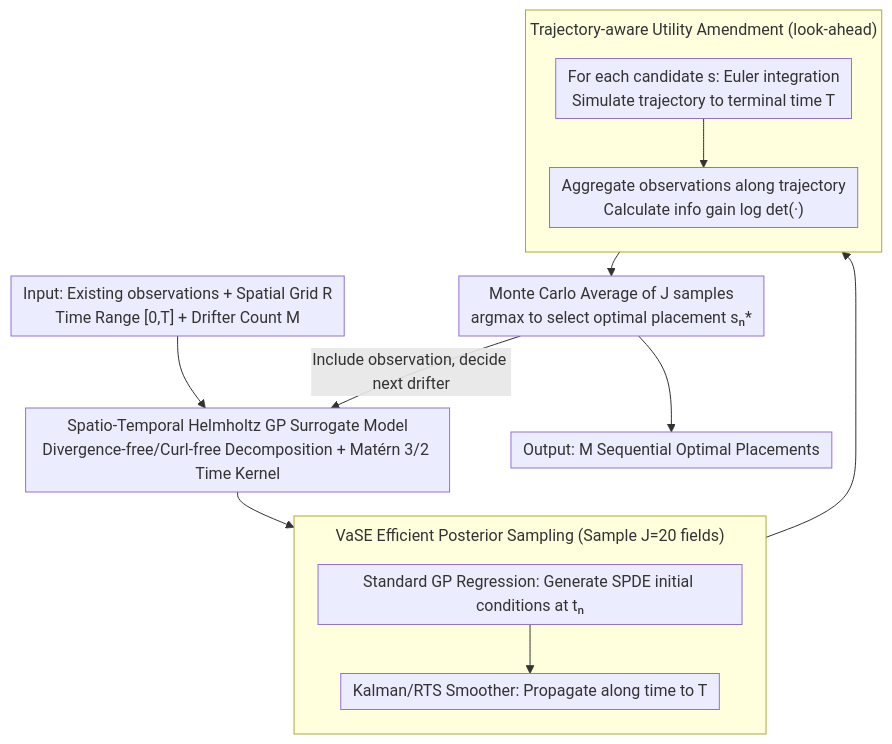
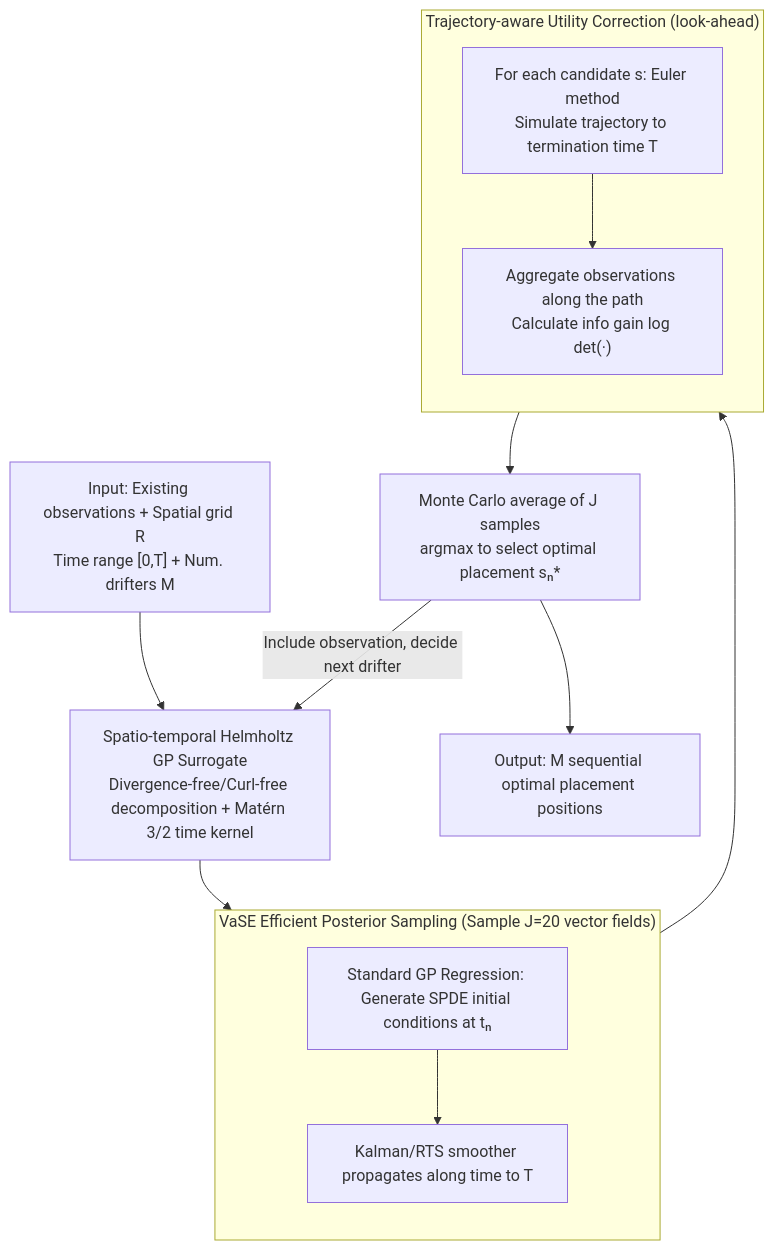
The diagram in docs/ICML2026/physics/ballast_bayesian_active_learning_with_look-ahead_amendment_for_sea-drifter_traje.md (zhaoyang97/Paper-Notes-en), drawn with Mermaid before and after one commit. The commit also changed other lines of this file and 5084 other files, not shown here.

````diff
--- a/docs/ICML2026/physics/ballast_bayesian_active_learning_with_look-ahead_amendment_for_sea-drifter_traje.md
+++ b/docs/ICML2026/physics/ballast_bayesian_active_learning_with_look-ahead_amendment_for_sea-drifter_traje.md
@@ -44,18 +44,17 @@
 ```mermaid
-%%{init: {'flowchart': {'rankSpacing': 24, 'nodeSpacing': 28, 'padding': 6, 'wrappingWidth': 400, 'subGraphTitleMargin': {'top': 8, 'bottom': 16}}}}%%
-flowchart TD
-    A["Input: Existing observations + Spatial Grid R<br/>Time Range [0,T] + Drifter Count M"] --> B["Spatio-Temporal Helmholtz GP Surrogate Model<br/>Divergence-free/Curl-free Decomposition + Matérn 3/2 Time Kernel"]
-    subgraph C["VaSE Efficient Posterior Sampling (Sample J=20 fields)"]
+graph TD
+    A["Input: Existing observations + Spatial grid R<br/>Time range [0,T] + Num. drifters M"] --> B["Spatio-temporal Helmholtz GP Surrogate<br/>Divergence-free/Curl-free decomposition + Matérn 3/2 time kernel"]
+    subgraph C["VaSE Efficient Posterior Sampling (Sample J=20 vector fields)"]
         direction TB
-        C1["Standard GP Regression: Generate SPDE initial conditions at tₙ"] --> C2["Kalman/RTS Smoother: Propagate along time to T"]
+        C1["Standard GP Regression: Generate SPDE initial conditions at tₙ"] --> C2["Kalman/RTS smoother propagates along time to T"]
     end
-    subgraph D["Trajectory-aware Utility Amendment (look-ahead)"]
+    subgraph D["Trajectory-aware Utility Correction (look-ahead)"]
         direction TB
-        D1["For each candidate s: Euler integration<br/>Simulate trajectory to terminal time T"] --> D2["Aggregate observations along trajectory<br/>Calculate info gain log det(·)"]
+        D1["For each candidate s: Euler method<br/>Simulate trajectory to termination time T"] --> D2["Aggregate observations along the path<br/>Calculate info gain log det(·)"]
     end
     B --> C
     C --> D
-    D --> E["Monte Carlo Average of J samples<br/>argmax to select optimal placement sₙ*"]
+    D --> E["Monte Carlo average of J samples<br/>argmax to select optimal placement sₙ*"]
     E -->|Include observation, decide next drifter| B
-    E --> F["Output: M Sequential Optimal Placements"]
+    E --> F["Output: M sequential optimal placement positions"]
 ```
````
